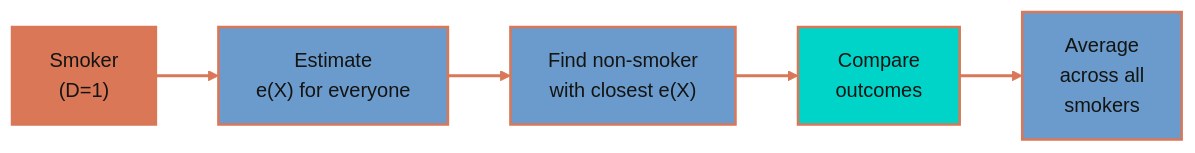
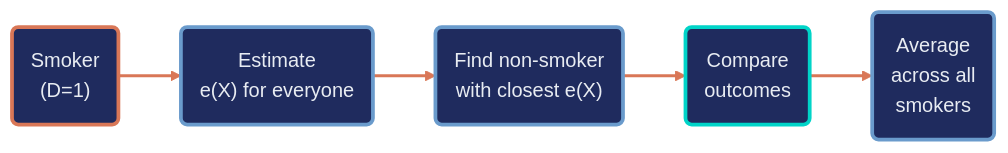
One commit to cmg777/starter-academic-v501 changed the fourth of 4 diagrams in content/post/stata_matching/index.md. Above: the diagram before and after it, drawn with Mermaid (neutral theme). The commit also changed other lines of this file and 13 other files, not shown here.

First line of the commit message:
content(mermaid): restyle flowcharts in Stata posts, batch 1 of 2

````diff
--- a/content/post/stata_matching/index.md
+++ b/content/post/stata_matching/index.md
@@ -708,13 +713,14 @@
 ```mermaid
 flowchart LR
-    S["Smoker<br/>(D=1)"] --> P["Estimate<br/>e(X) for everyone"]
-    P --> N["Find non-smoker<br/>with closest e(X)"]
-    N --> C["Compare<br/>outcomes"]
-    C --> A["Average<br/>across all<br/>smokers"]
-    style S fill:#d97757,stroke:#d97757,stroke-width:2px,color:#141413
-    style P fill:#6a9bcc,stroke:#d97757,stroke-width:2px,color:#141413
-    style N fill:#6a9bcc,stroke:#d97757,stroke-width:2px,color:#141413
-    style C fill:#00d4c8,stroke:#d97757,stroke-width:2px,color:#141413
-    style A fill:#6a9bcc,stroke:#d97757,stroke-width:2px,color:#141413
+    S("Smoker<br/>(D=1)") --> P("Estimate<br/>e(X) for everyone")
+    P --> N("Find non-smoker<br/>with closest e(X)")
+    N --> C("Compare<br/>outcomes")
+    C --> A("Average<br/>across all<br/>smokers")
     linkStyle 0,1,2,3 stroke:#d97757,stroke-width:2.5px
+    classDef orange fill:#1f2b5e,stroke:#d97757,stroke-width:3px,color:#e8ecf2
+    classDef blue fill:#1f2b5e,stroke:#6a9bcc,stroke-width:3px,color:#e8ecf2
+    classDef teal fill:#1f2b5e,stroke:#00d4c8,stroke-width:3px,color:#e8ecf2
+    class S orange
+    class P,N,A blue
+    class C teal
 ```
````
